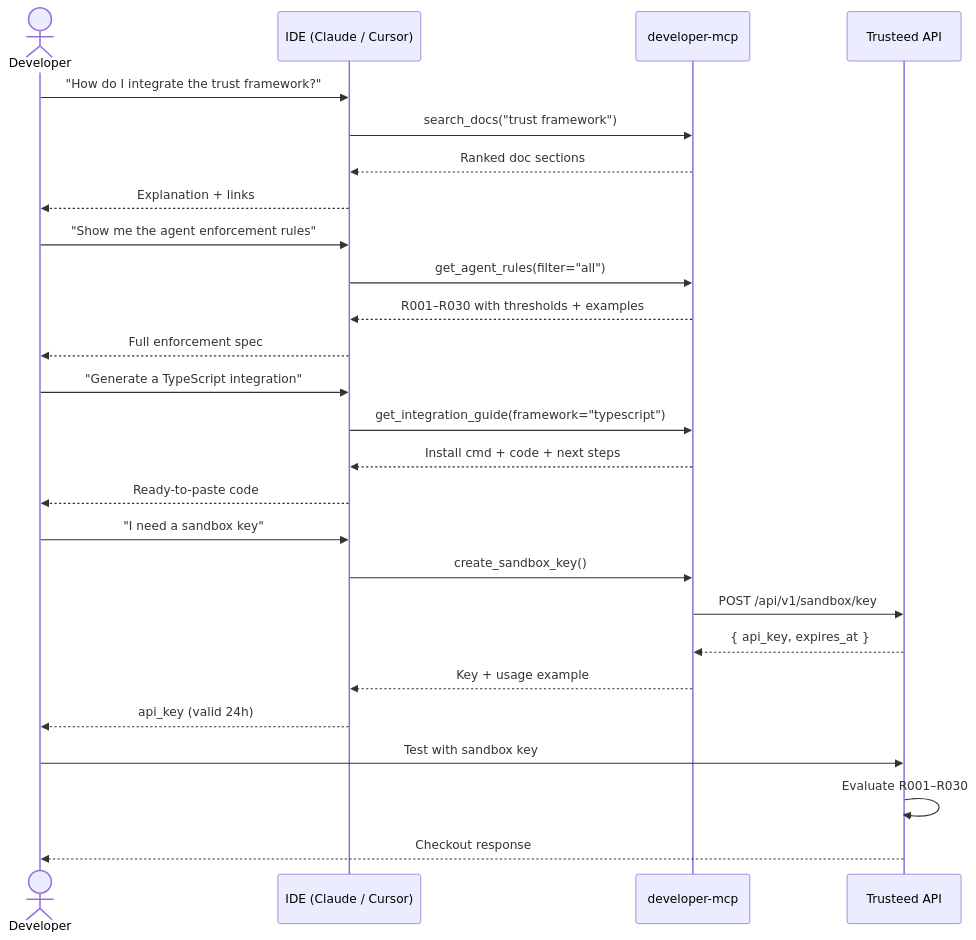
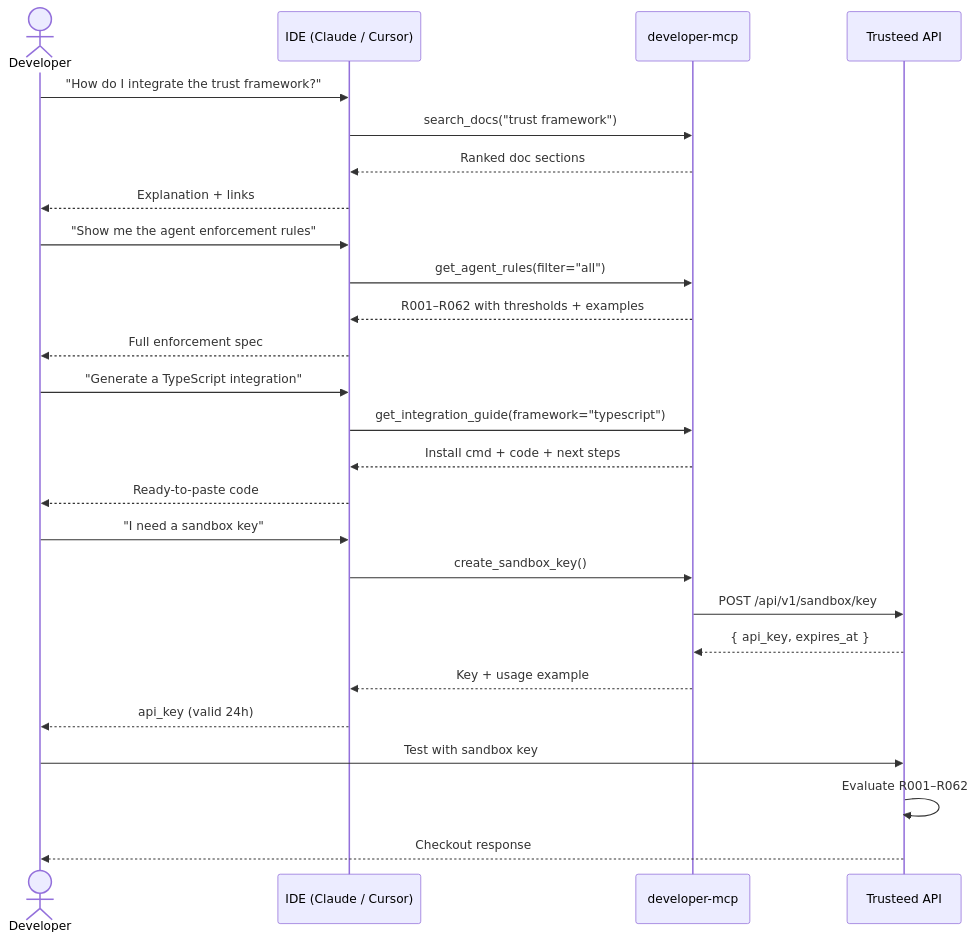
The third of 3 diagrams in README.md (Trusteedxyz/trusteed-developer-mcp), drawn with Mermaid before and after one commit. The commit also changed other lines of this file and 3 other files, not shown here.

````diff
--- a/README.md
+++ b/README.md
@@ -319,33 +319,33 @@
 ```mermaid
 sequenceDiagram
     actor Dev as Developer
     participant IDE as IDE (Claude / Cursor)
     participant MCP as developer-mcp
     participant API as Trusteed API
 
     Dev->>IDE: "How do I integrate the trust framework?"
     IDE->>MCP: search_docs("trust framework")
     MCP-->>IDE: Ranked doc sections
     IDE-->>Dev: Explanation + links
 
     Dev->>IDE: "Show me the agent enforcement rules"
     IDE->>MCP: get_agent_rules(filter="all")
-    MCP-->>IDE: R001–R030 with thresholds + examples
+    MCP-->>IDE: R001–R062 with thresholds + examples
     IDE-->>Dev: Full enforcement spec
 
     Dev->>IDE: "Generate a TypeScript integration"
     IDE->>MCP: get_integration_guide(framework="typescript")
     MCP-->>IDE: Install cmd + code + next steps
     IDE-->>Dev: Ready-to-paste code
 
     Dev->>IDE: "I need a sandbox key"
     IDE->>MCP: create_sandbox_key()
     MCP->>API: POST /api/v1/sandbox/key
     API-->>MCP: { api_key, expires_at }
     MCP-->>IDE: Key + usage example
     IDE-->>Dev: api_key (valid 24h)
 
     Dev->>API: Test with sandbox key
-    API->>API: Evaluate R001–R030
+    API->>API: Evaluate R001–R062
     API-->>Dev: Checkout response
 ```
````
